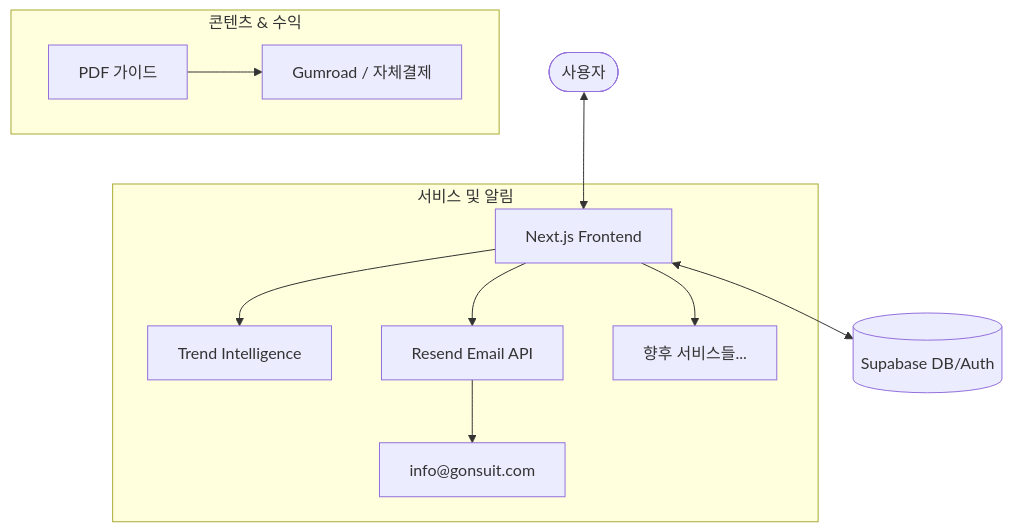
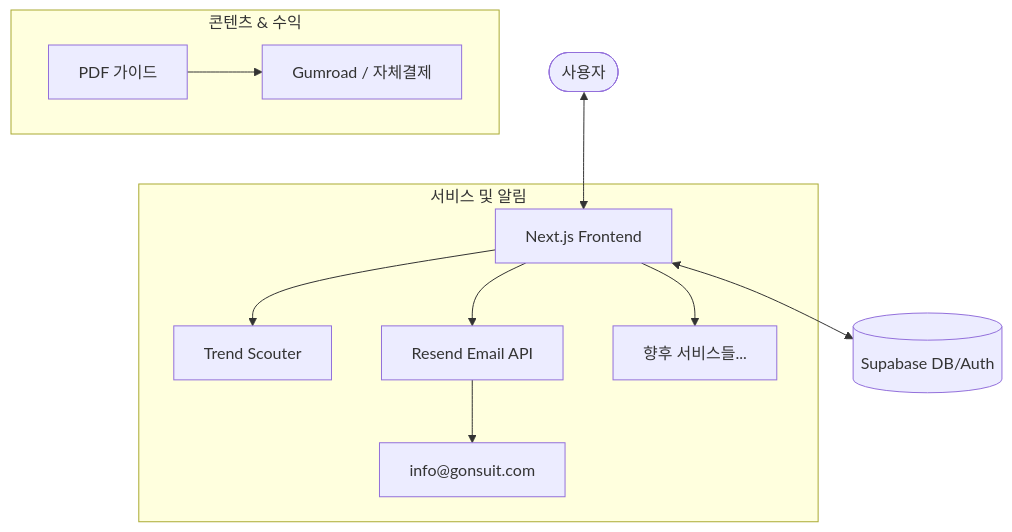
The diagram in 1_PRD.md (DeuklyoungKo/gonsuit), drawn with Mermaid before and after one commit. The commit also changed other lines of this file and 5 other files, not shown here.

````diff
--- a/1_PRD.md
+++ b/1_PRD.md
@@ -68,16 +68,16 @@
 ```mermaid
 flowchart TD
     User([사용자]) <--> Frontend[Next.js Frontend]
     Frontend <--> Supabase[(Supabase DB/Auth)]
 
     subgraph "콘텐츠 & 수익"
         Resources[PDF 가이드] --> Gumroad[Gumroad / 자체결제]
     end
 
     subgraph "서비스 및 알림"
-        Frontend --> TrendScouter[Trend Intelligence]
+        Frontend --> TrendScouter[Trend Scouter]
         Frontend --> Resend[Resend Email API]
         Resend --> AdminEmail["info@gonsuit.com"]
         Frontend --> FutureService[향후 서비스들...]
     end
 ```
````
